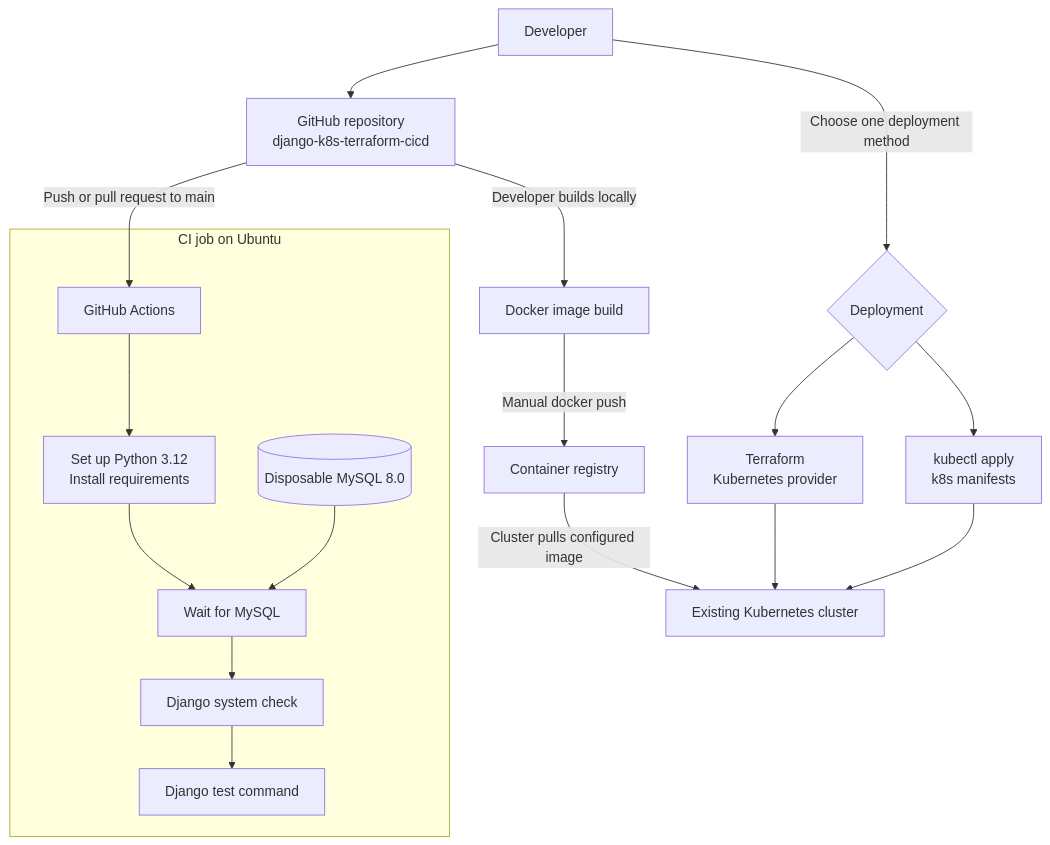
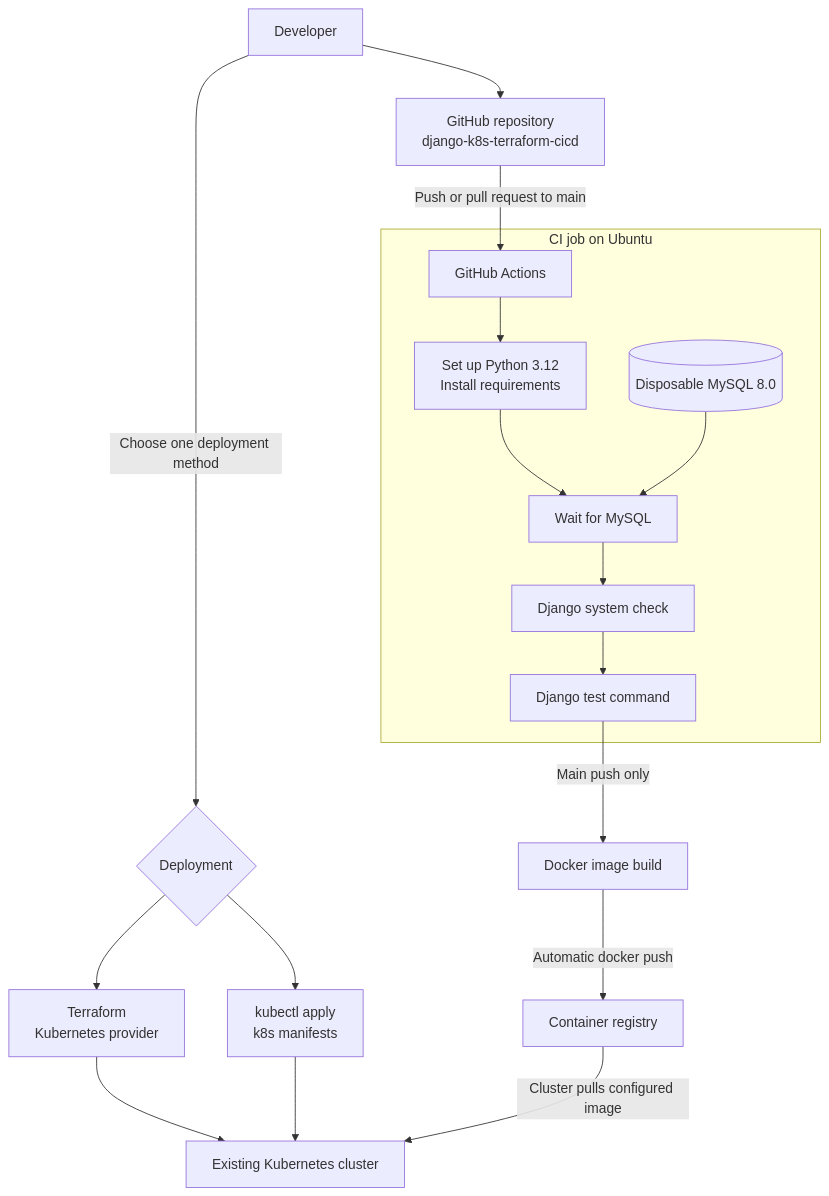
One commit to prapanjanprabhu/django-k8s-terraform-cicd changed the first of 3 diagrams in README.md. Above: the diagram before and after it, drawn with Mermaid. The commit also changed other lines of this file and 14 other files, not shown here.

````diff
--- a/README.md
+++ b/README.md
@@ -65,20 +65,20 @@
 ```mermaid
 flowchart TB
     Dev["Developer"] --> Repo["GitHub repository<br/>django-k8s-terraform-cicd"]
     Repo -->|"Push or pull request to main"| CI["GitHub Actions"]
     subgraph Validation["CI job on Ubuntu"]
         CI --> Python["Set up Python 3.12<br/>Install requirements"]
         Python --> Wait["Wait for MySQL"]
         TestDB[("Disposable MySQL 8.0")] --> Wait
         Wait --> Check["Django system check"]
         Check --> Tests["Django test command"]
     end
-    Repo -->|"Developer builds locally"| Build["Docker image build"]
-    Build -->|"Manual docker push"| Registry["Container registry"]
+    Tests -->|"Main push only"| Build["Docker image build"]
+    Build -->|"Automatic docker push"| Registry["Container registry"]
     Dev -->|"Choose one deployment method"| Method{"Deployment"}
     Method --> TF["Terraform<br/>Kubernetes provider"]
     Method --> YAML["kubectl apply<br/>k8s manifests"]
     TF --> Cluster["Existing Kubernetes cluster"]
     YAML --> Cluster
     Registry -->|"Cluster pulls configured image"| Cluster
 ```
````
